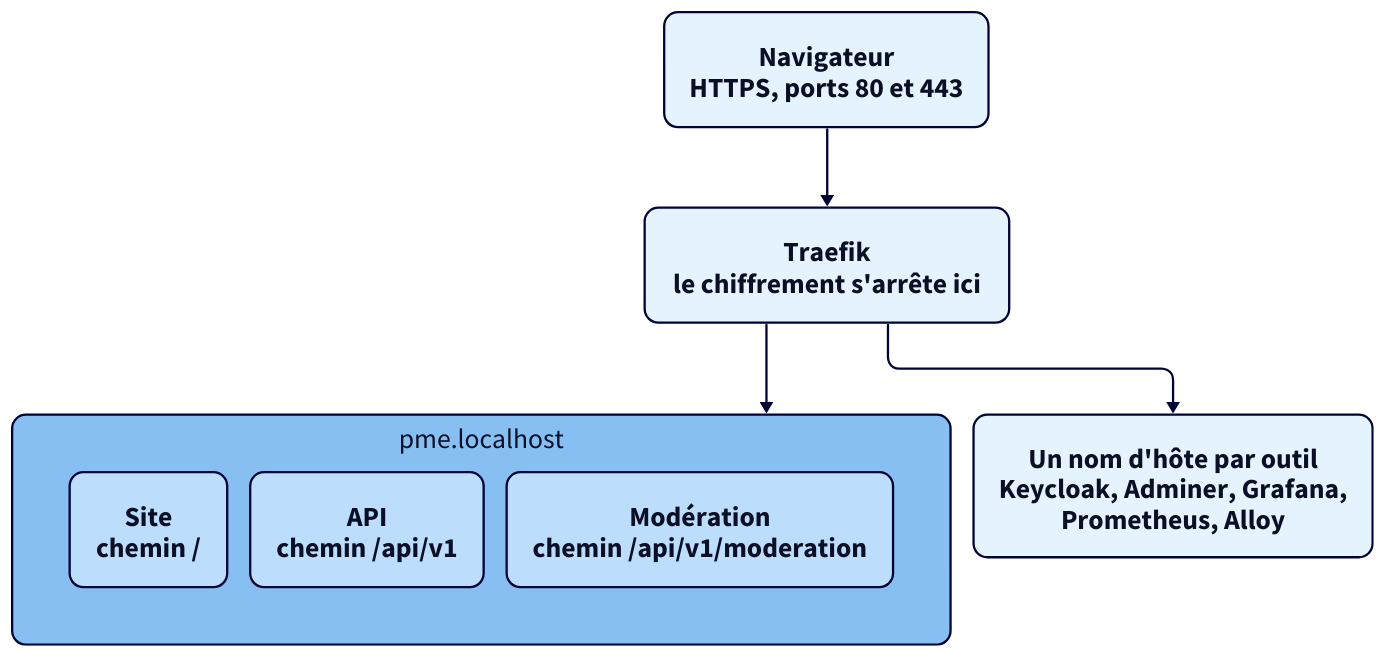
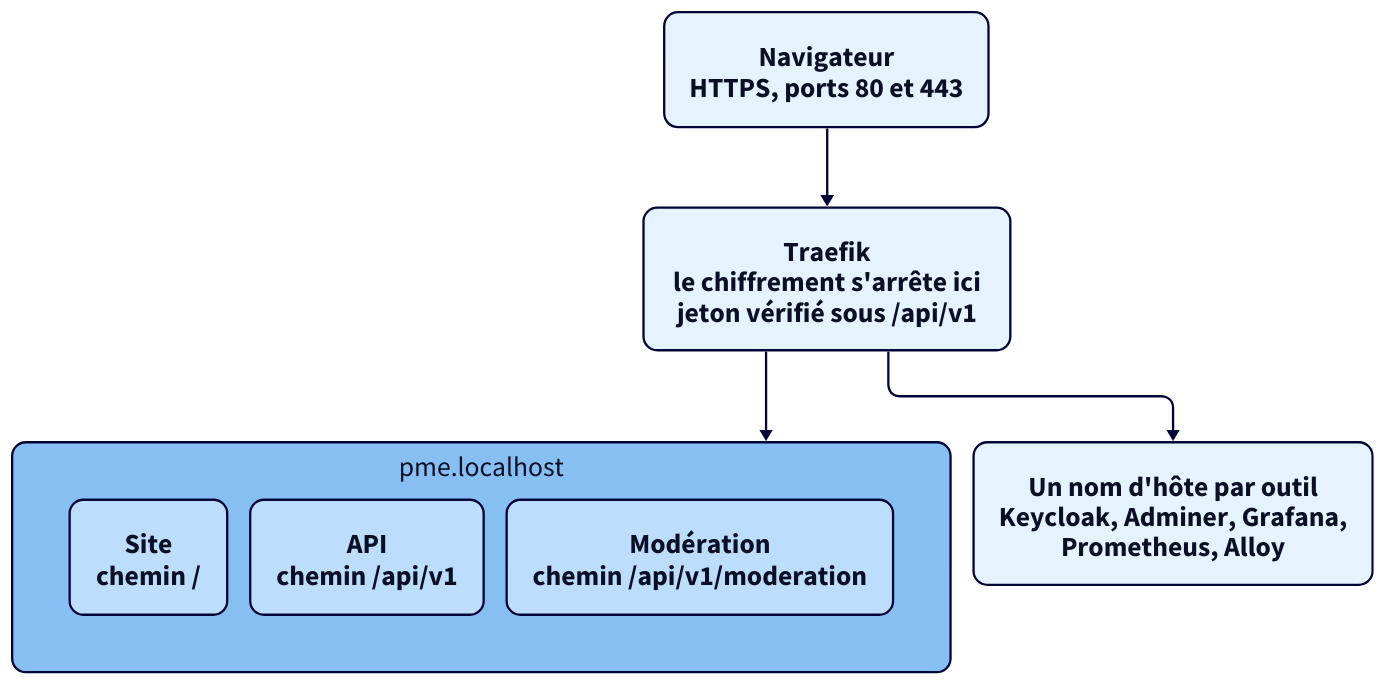
The diagram in docs/outils/traefik.md (kitaah/pme), drawn with D2 before and after one commit. The commit also changed other lines of this file and 17 other files, not shown here.

Commit message:
feat(ingress): validate JWT tokens at the cluster entry with Traefik

````diff
--- a/docs/outils/traefik.md
+++ b/docs/outils/traefik.md
@@ -35,36 +36,36 @@
 ```d2
 vars: {
   d2-config: {
     layout-engine: elk
     theme-id: 5
     pad: 8
   }
 }
 direction: down
 
 # Mise en forme commune : texte lisible à la largeur de la page, angles arrondis
 classes: {
   boite: {
     style: {
       font-size: 24
       border-radius: 12
     }
   }
 }
 
 navigateur: "Navigateur\nHTTPS, ports 80 et 443" {class: boite}
-ingress: "Traefik\nle chiffrement s'arrête ici" {class: boite}
+ingress: "Traefik\nle chiffrement s'arrête ici\njeton vérifié sous /api/v1" {class: boite}
 
 site: "pme.localhost" {
   class: boite
   front: "Site\nchemin /" {class: boite}
   api: "API\nchemin /api/v1" {class: boite}
   moderation: "Modération\nchemin /api/v1/moderation" {class: boite}
 }
 
 autres: "Un nom d'hôte par outil\nKeycloak, Adminer, Grafana,\nPrometheus, Alloy" {class: boite}
 
 navigateur -> ingress
 ingress -> site
 ingress -> autres
 ```
````
